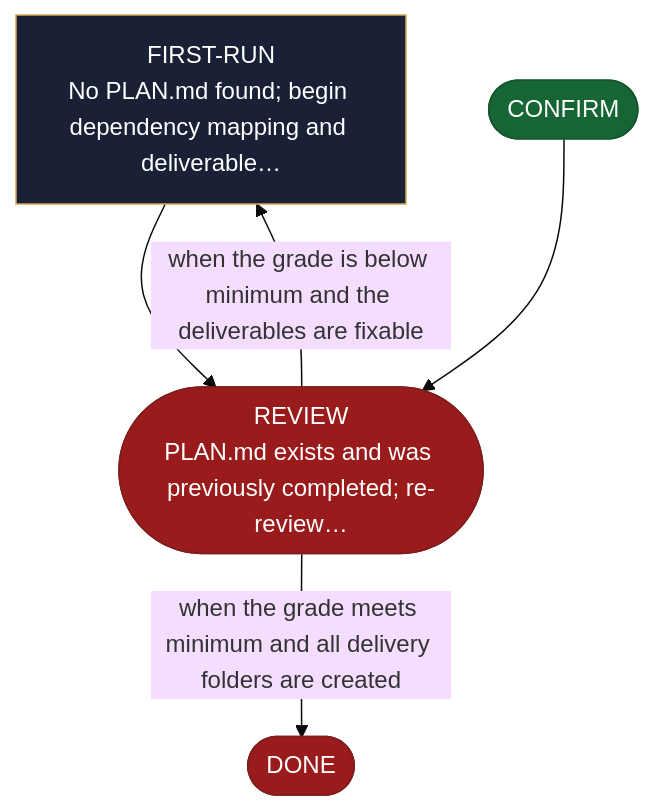
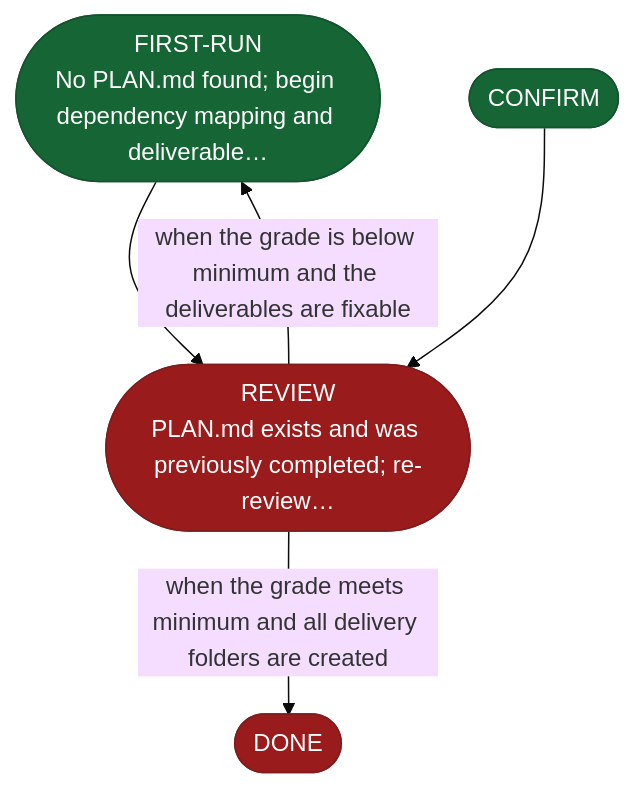
The diagram in site/src/content/docs/skills/aid-plan.md (AndreVianna/aid-methodology), drawn with Mermaid (base theme) before and after one commit. The commit also changed other lines of this file and 253 other files, not shown here.

````diff
--- a/site/src/content/docs/skills/aid-plan.md
+++ b/site/src/content/docs/skills/aid-plan.md
@@ -20,25 +20,25 @@
 ```mermaid
 flowchart TB
   classDef aidNode color:#fff
   classDef aidEntry fill:#166534,stroke:#14532d,color:#fff
   classDef aidExit fill:#991b1b,stroke:#7f1d1d,color:#fff
   classDef aidDecision fill:#92400e,stroke:#78350f,color:#fff
   classDef aidLoopBack fill:#1e3a8a,stroke:#1e3a8a,color:#fff
   classDef aidStep fill:#1a2035,stroke:#d4a853,color:#f1f5f9
-  n1["FIRST-RUN<br/>No PLAN.md found; begin dependency mapping and deliverable…"]
+  n1(["FIRST-RUN<br/>No PLAN.md found; begin dependency mapping and deliverable…"])
   n2(["CONFIRM"])
   n3(["REVIEW<br/>PLAN.md exists and was previously completed; re-review…"])
   n4(["DONE"])
   n1 --> n3
   n2 --> n3
   n3 -->|"when the grade is below minimum and the deliverables are fixable"| n1
   n3 -->|"when the grade meets minimum and all delivery folders are created"| n4
-  class n1 aidStep
+  class n1 aidEntry
   class n2 aidEntry
   class n3 aidExit
   class n4 aidExit
   class n1 aidNode
   class n2 aidNode
   class n3 aidNode
   class n4 aidNode
 ```
````
